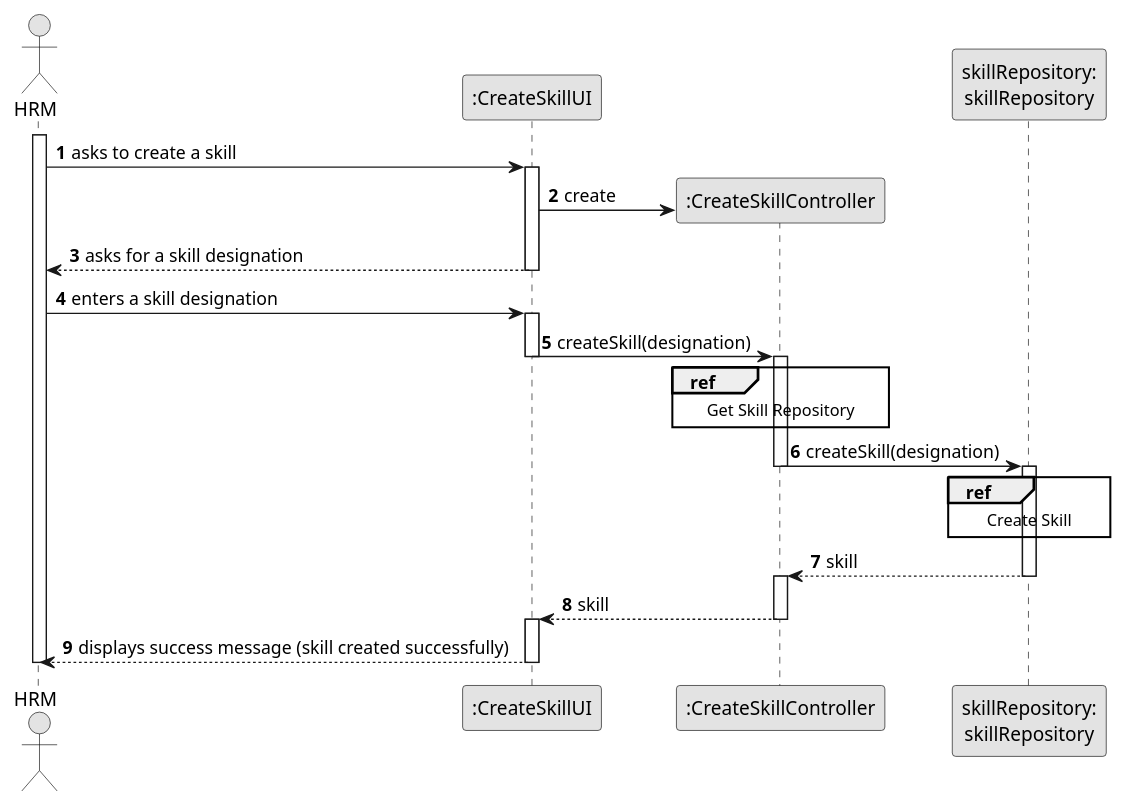
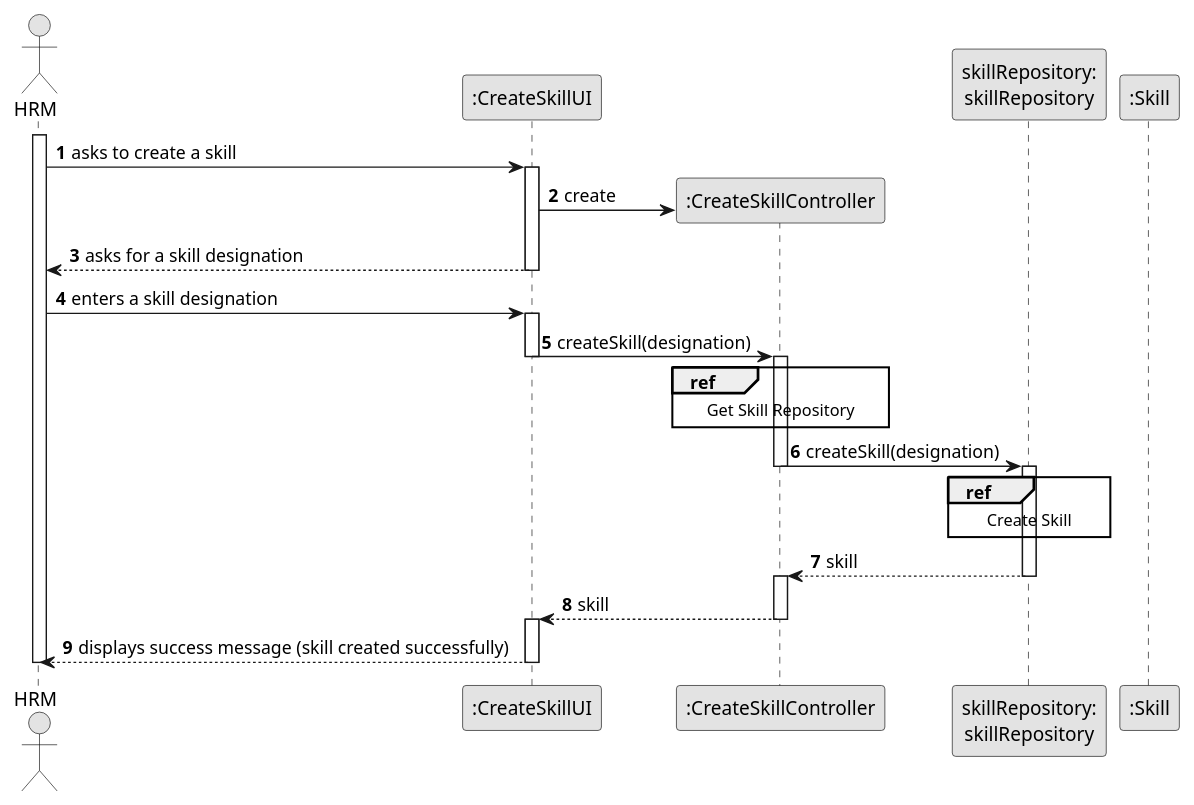
The diagram in docs/sprintB/us001/03.design/puml/us001-sequence-diagram-split.puml (ricardomm7/leaflink), drawn with PlantUML before and after one commit.

Commit message:
LFC2-143 us001 cohesion corrections

```diff
--- a/docs/sprintB/us001/03.design/puml/us001-sequence-diagram-split.puml
+++ b/docs/sprintB/us001/03.design/puml/us001-sequence-diagram-split.puml
@@ -1,55 +1,55 @@
 @startuml
 skinparam monochrome true
 skinparam packageStyle rectangle
 skinparam shadowing false
 
 autonumber
 
 actor "HRM" as HRM
 participant ":CreateSkillUI" as UI
 participant ":CreateSkillController" as CTRL
 participant "skillRepository:\nskillRepository" as skillRepository
-
+participant ":Skill"
 activate HRM
 
 HRM ->UI : asks to create a skill
 activate UI
 
 UI -> CTRL** : create
 
 UI --> HRM : asks for a skill designation
 deactivate UI
 
 HRM -> UI : enters a skill designation
 activate UI
 
 UI->CTRL : createSkill(designation)
 deactivate UI
 activate CTRL
 
 ref over CTRL
 Get Skill Repository
 end ref
 
 CTRL -> skillRepository : createSkill(designation)
 deactivate CTRL
 activate skillRepository
 
 ref over skillRepository
 Create Skill
 end ref
 
     CTRL <-- skillRepository : skill
     deactivate skillRepository
     activate CTRL
 
 
 
     CTRL --> UI : skill
     deactivate CTRL
     activate UI
 
     UI --> HRM : displays success message (skill created successfully)
     deactivate UI
 deactivate HRM
 @enduml
```
